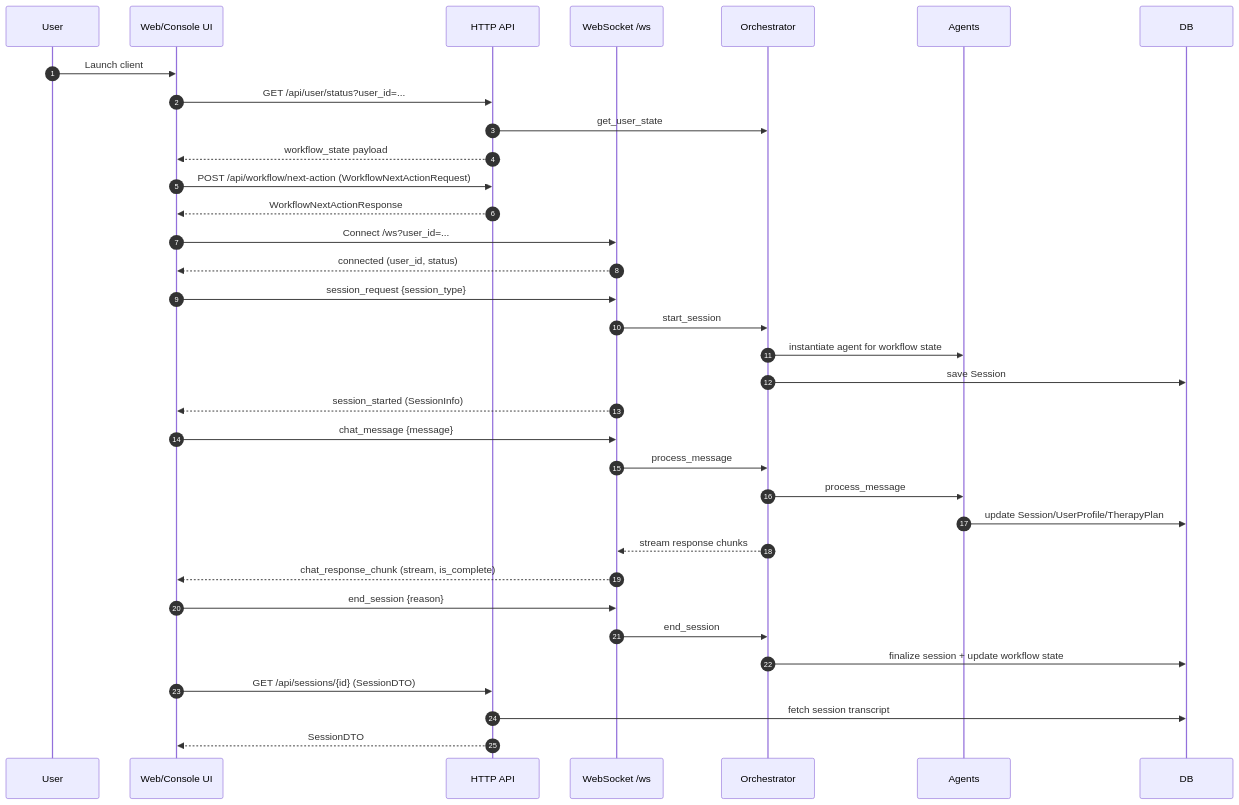
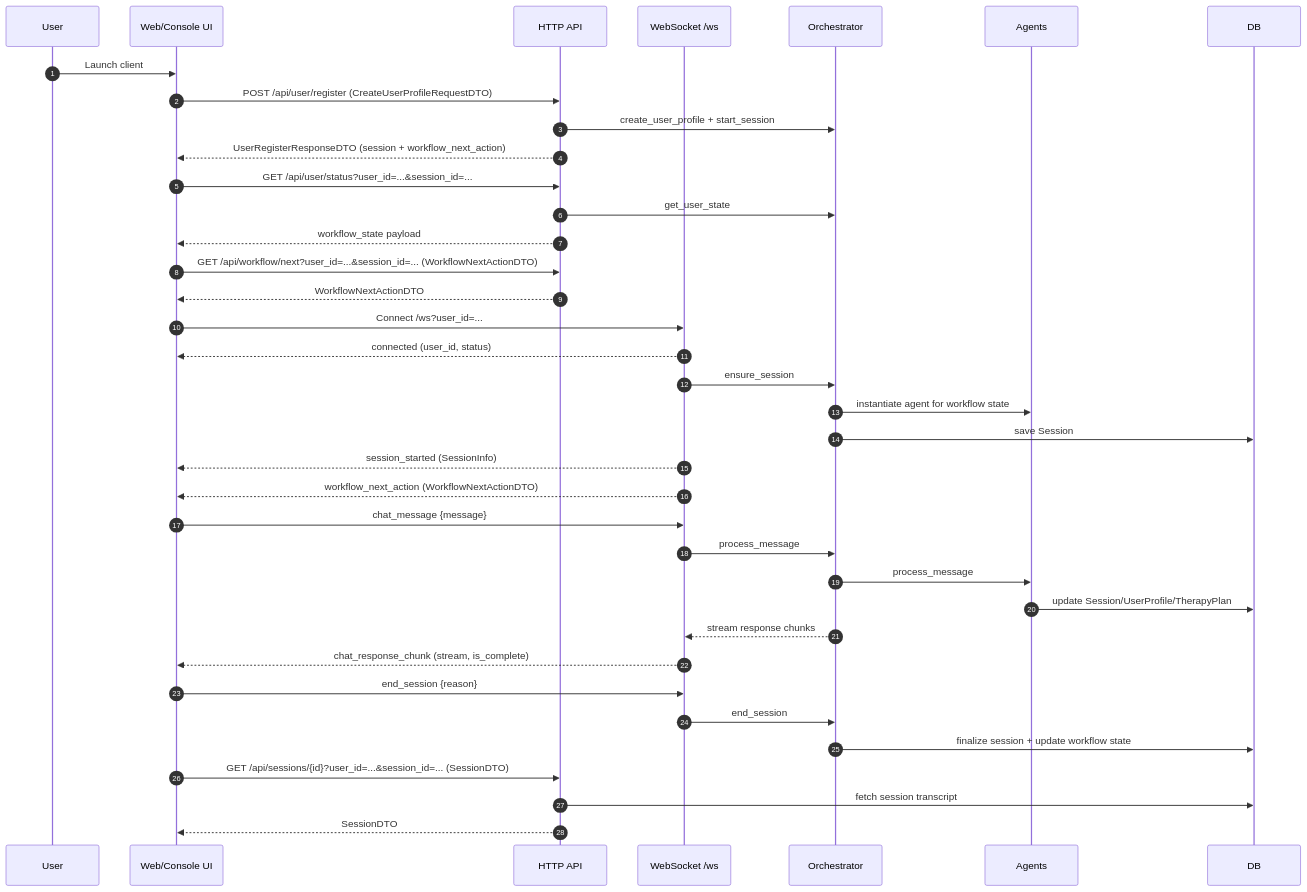
One commit to HagbardCel/llm_psychology changed the second of 2 diagrams in docs/user_journey.md. Above: the diagram before and after it, drawn with Mermaid. The commit also changed other lines of this file and 87 other files, not shown here.

````diff
--- a/docs/user_journey.md
+++ b/docs/user_journey.md
@@ -23,43 +23,46 @@
 ```mermaid
 sequenceDiagram
     autonumber
     participant User
     participant UI as Web/Console UI
     participant HTTP as HTTP API
     participant WS as WebSocket /ws
     participant Orchestrator
     participant Agents
     participant DB
 
     User->>UI: Launch client
-    UI->>HTTP: GET /api/user/status?user_id=...
+    UI->>HTTP: POST /api/user/register (CreateUserProfileRequestDTO)
+    HTTP->>Orchestrator: create_user_profile + start_session
+    HTTP-->>UI: UserRegisterResponseDTO (session + workflow_next_action)
+    UI->>HTTP: GET /api/user/status?user_id=...&session_id=...
     HTTP->>Orchestrator: get_user_state
     HTTP-->>UI: workflow_state payload
 
-    UI->>HTTP: POST /api/workflow/next-action (WorkflowNextActionRequest)
-    HTTP-->>UI: WorkflowNextActionResponse
+    UI->>HTTP: GET /api/workflow/next?user_id=...&session_id=... (WorkflowNextActionDTO)
+    HTTP-->>UI: WorkflowNextActionDTO
 
     UI->>WS: Connect /ws?user_id=...
     WS-->>UI: connected (user_id, status)
 
-    UI->>WS: session_request {session_type}
-    WS->>Orchestrator: start_session
+    WS->>Orchestrator: ensure_session
     Orchestrator->>Agents: instantiate agent for workflow state
     Orchestrator->>DB: save Session
     WS-->>UI: session_started (SessionInfo)
+    WS-->>UI: workflow_next_action (WorkflowNextActionDTO)
 
     UI->>WS: chat_message {message}
     WS->>Orchestrator: process_message
     Orchestrator->>Agents: process_message
     Agents->>DB: update Session/UserProfile/TherapyPlan
     Orchestrator-->>WS: stream response chunks
     WS-->>UI: chat_response_chunk (stream, is_complete)
 
     UI->>WS: end_session {reason}
     WS->>Orchestrator: end_session
     Orchestrator->>DB: finalize session + update workflow state
 
-    UI->>HTTP: GET /api/sessions/{id} (SessionDTO)
+    UI->>HTTP: GET /api/sessions/{id}?user_id=...&session_id=... (SessionDTO)
     HTTP->>DB: fetch session transcript
     HTTP-->>UI: SessionDTO
 ```
````
